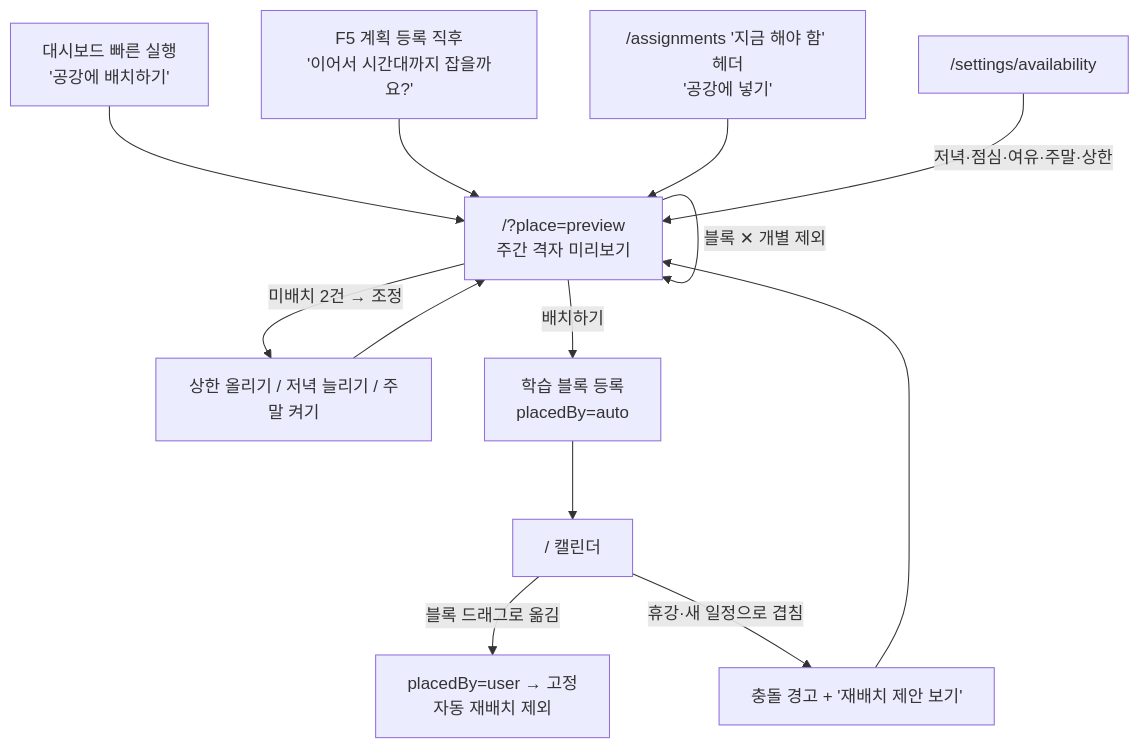
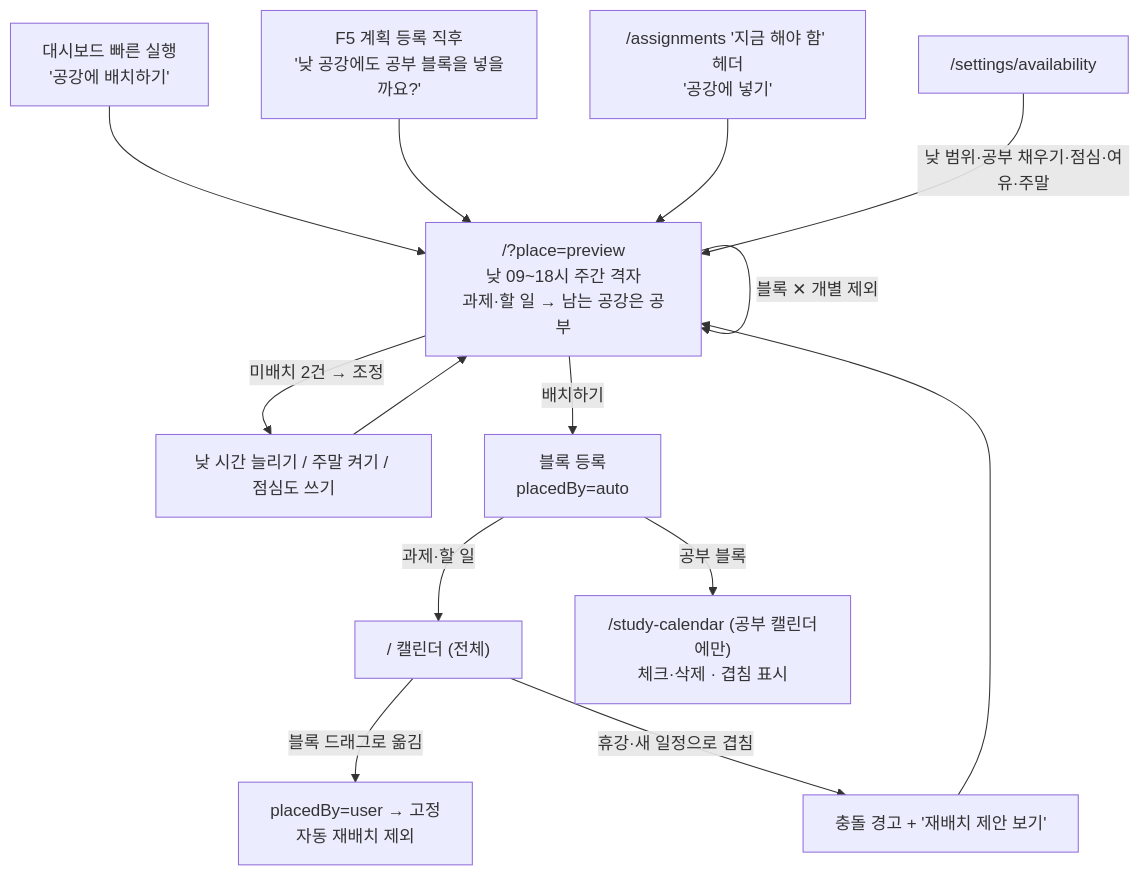
One commit to AIM-Output/26-WE-Meet-Project changed the ninth of 14 diagrams in Frontend-Route.md. Above: the diagram before and after it, drawn with Mermaid. The commit also changed other lines of this file and 320 other files, not shown here.

````diff
--- a/Frontend-Route.md
+++ b/Frontend-Route.md
@@ -1614,15 +1615,16 @@
 ```mermaid
 flowchart TD
     E1["대시보드 빠른 실행<br/>'공강에 배치하기'"] --> PV
-    E2["F5 계획 등록 직후<br/>'이어서 시간대까지 잡을까요?'"] --> PV
+    E2["F5 계획 등록 직후<br/>'낮 공강에도 공부 블록을 넣을까요?'"] --> PV
     E3["/assignments '지금 해야 함' 헤더<br/>'공강에 넣기'"] --> PV
-    PV["/?place=preview<br/>주간 격자 미리보기"] -->|"블록 ✕ 개별 제외"| PV
-    PV -->|"미배치 2건 → 조정"| ADJ["상한 올리기 / 저녁 늘리기 / 주말 켜기"]
+    PV["/?place=preview<br/>낮 09~18시 주간 격자<br/>과제·할 일 → 남는 공강은 공부"] -->|"블록 ✕ 개별 제외"| PV
+    PV -->|"미배치 2건 → 조정"| ADJ["낮 시간 늘리기 / 주말 켜기 / 점심도 쓰기"]
     ADJ --> PV
-    PV -->|"배치하기"| REG["학습 블록 등록<br/>placedBy=auto"]
-    REG --> CAL["/ 캘린더"]
+    PV -->|"배치하기"| REG["블록 등록<br/>placedBy=auto"]
+    REG -->|"과제·할 일"| CAL["/ 캘린더 (전체)"]
+    REG -->|"공부 블록"| SC["/study-calendar (공부 캘린더에만)<br/>체크·삭제 · 겹침 표시"]
     CAL -->|"블록 드래그로 옮김"| FIX["placedBy=user → 고정<br/>자동 재배치 제외"]
     CAL -->|"휴강·새 일정으로 겹침"| CF["충돌 경고 + '재배치 제안 보기'"]
     CF --> PV
-    S["/settings/availability"] -->|"저녁·점심·여유·주말·상한"| PV
+    S["/settings/availability"] -->|"낮 범위·공부 채우기·점심·여유·주말"| PV
 ```
````
